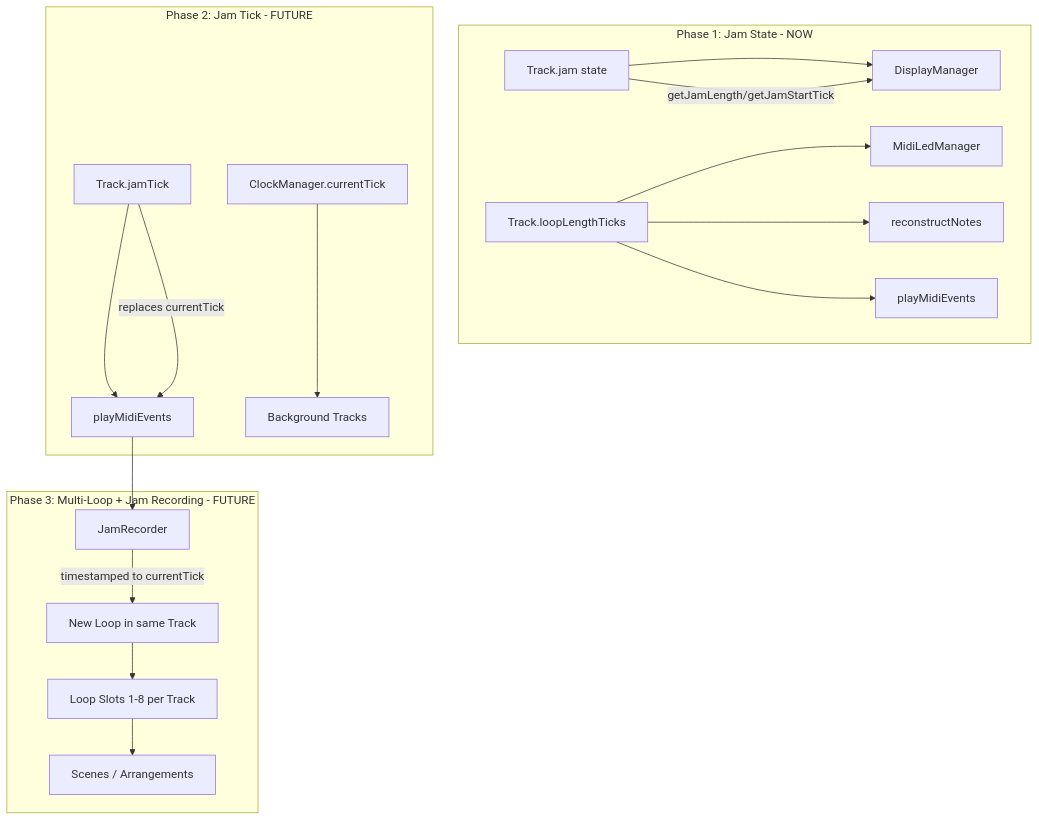
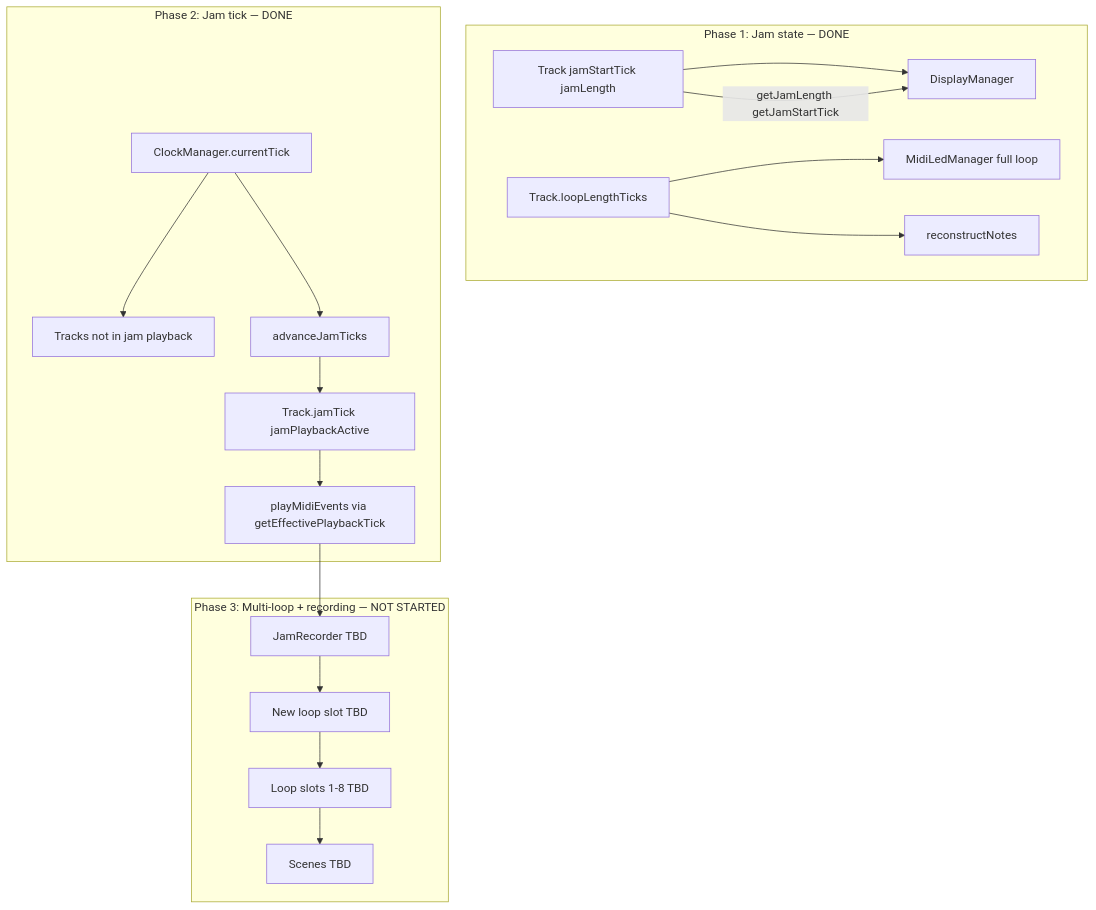
The diagram in plans/dual-tick_view_override_architecture_856310b1.plan.md (Lytrix/MidiLooper), drawn with Mermaid before and after one commit. The commit also changed other lines of this file and 7 other files, not shown here.

````diff
--- a/plans/dual-tick_view_override_architecture_856310b1.plan.md
+++ b/plans/dual-tick_view_override_architecture_856310b1.plan.md
@@ -34,23 +41,23 @@
 ```mermaid
 graph TD
-    subgraph phase1 [Phase 1: Jam State - NOW]
-        JM[Track.jam state] --> DM[DisplayManager]
-        JM --> |"getJamLength/getJamStartTick"| DM
-        LP[Track.loopLengthTicks] --> LED[MidiLedManager]
+    subgraph phase1 [Phase 1: Jam state — DONE]
+        JM[Track jamStartTick jamLength] --> DM[DisplayManager]
+        JM -->|"getJamLength getJamStartTick"| DM
+        LP[Track.loopLengthTicks] --> LED[MidiLedManager full loop]
         LP --> RN[reconstructNotes]
-        LP --> PB[playMidiEvents]
     end
 
-    subgraph phase2 [Phase 2: Jam Tick - FUTURE]
-        JT[Track.jamTick] --> PB2[playMidiEvents]
-        CT[ClockManager.currentTick] --> BG[Background Tracks]
-        JT --> |"replaces currentTick"| PB2
+    subgraph phase2 [Phase 2: Jam tick — DONE]
+        JT[Track.jamTick jamPlaybackActive] --> PB2[playMidiEvents via getEffectivePlaybackTick]
+        CT[ClockManager.currentTick] --> BG[Tracks not in jam playback]
+        CT --> ADJ[advanceJamTicks]
+        ADJ --> JT
     end
 
-    subgraph phase3 [Phase 3: Multi-Loop + Jam Recording - FUTURE]
-        PB2 --> JR[JamRecorder]
-        JR --> |"timestamped to currentTick"| NL[New Loop in same Track]
-        NL --> LS[Loop Slots 1-8 per Track]
-        LS --> SC[Scenes / Arrangements]
+    subgraph phase3 [Phase 3: Multi-loop + recording — NOT STARTED]
+        PB2 --> JR[JamRecorder TBD]
+        JR --> NL[New loop slot TBD]
+        NL --> LS[Loop slots 1-8 TBD]
+        LS --> SC[Scenes TBD]
     end
 ```
````
